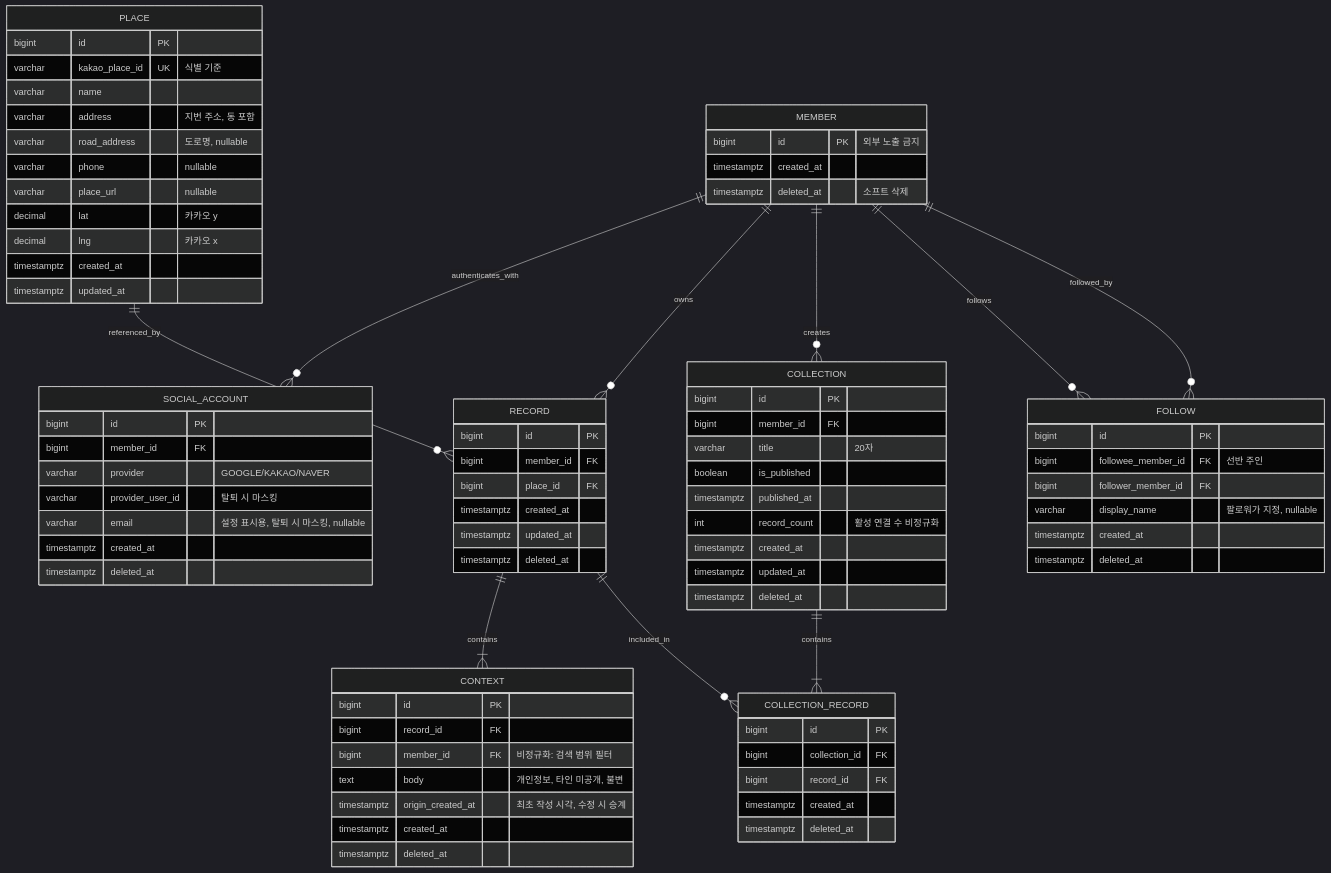
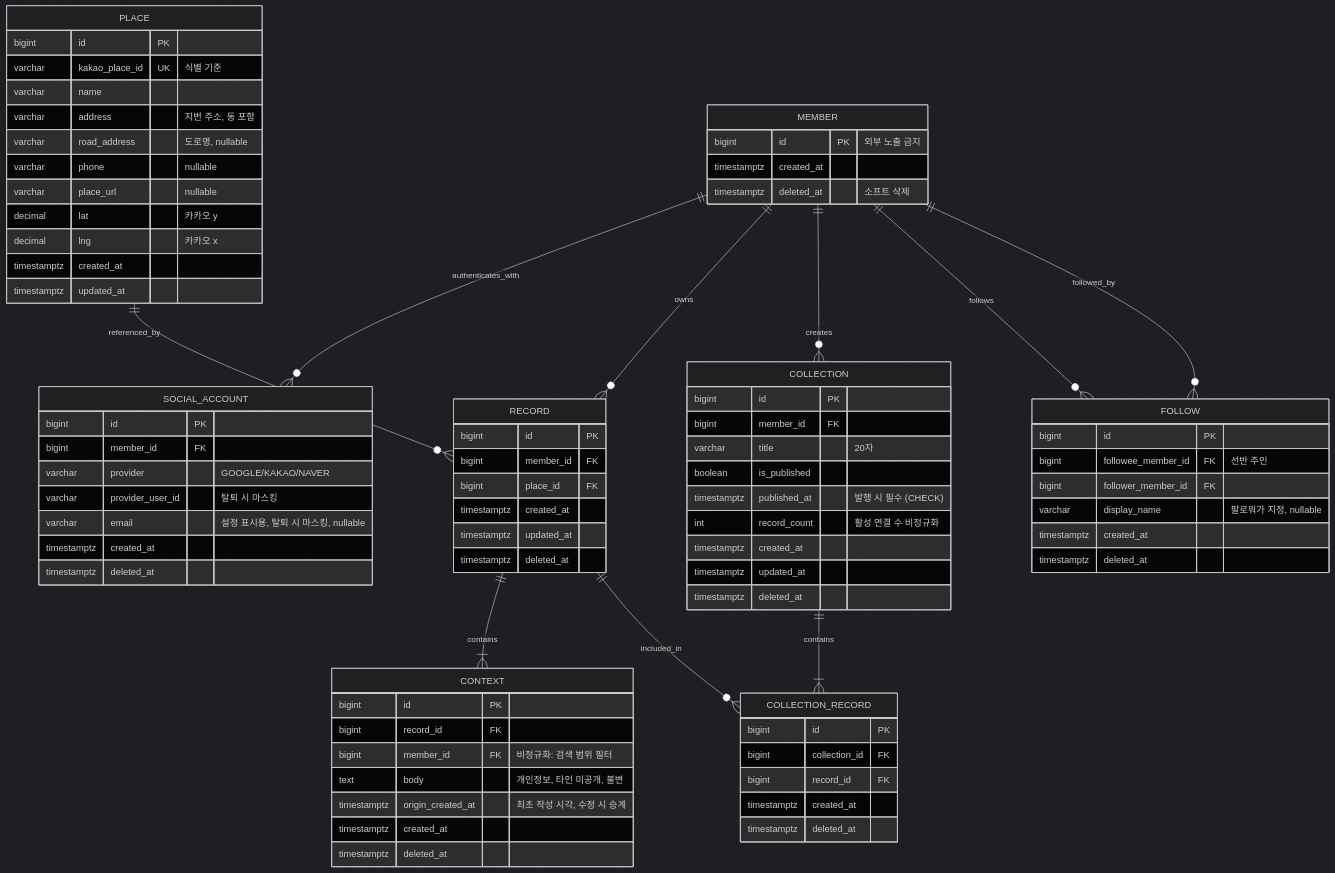
Before and after one commit to Team-PinLog/docs: the first of 2 diagrams in static/07_ERD.md, drawn with Mermaid (dark theme). The commit also changed 1 other file, not shown here.

Commit message:
docs(S15P11A705-125): Collection published_at NOT NULL 불변식을 정본에 반영 (#22)
* docs(S15P11A705-125): Collection published_at NOT NULL 불변식을 정본에 반영한다

back#75가 V4 마이그레이션으로 `collection.published_at`을 백필 후
`DEFAULT now()` · `NOT NULL`로 고정했다. 정본 문서는 여전히
`TIMESTAMPTZ NULL`이라 구현과 어긋난 상태였다.

- 06 §2.6 스키마 표: `published_at TIMESTAMPTZ NOT NULL DEFAULT now()`
- 06 §2.6 규칙: 생성 즉시 발행이므로 NULL 불허, 기존 NULL은 created_at 백필
- 06 §4.1 DB 보장 표: "Collection 발행 시각 누락 금지" 행 추가
- 07 ERD: COLLECTION.published_at 제약 표기

* docs(S15P11A705-125): published_at 불변식을 CHECK 함의형으로 정정한다

back#75 리뷰를 수용해 구현이 `NOT NULL DEFAULT now()`에서
`CHECK (NOT is_published OR published_at IS NOT NULL)`로 바뀌었습니다. 앞선 커밋이
정본에 반영한 NOT NULL 표기를 그에 맞게 정정합니다.

- 06 §2.6 스키마 표: `TIMESTAMPTZ NULL`로 되돌립니다. 컬럼 자체는 nullable입니다
- 06 §2.6 규칙: 발행된 행만 값을 반드시 갖는다는 것과, 컬럼을 NOT NULL로 만들지
  않는 이유(`is_published`가 false일 수 있다는 전제 위의 컬럼이라는 점)를 적습니다
- 06 §4.1 DB 보장 표: "Collection 발행 시각 누락 금지 / NOT NULL DEFAULT now()"를
  "발행된 Collection의 발행 시각 누락 금지 / CHECK"로 바꿉니다
- 07 ERD: COLLECTION.published_at 표기를 "발행 시 필수 (CHECK)"로 맞춥니다

08 API 명세의 `publishedAt` 응답 필드는 제약 형태와 무관해 손대지 않았습니다.

---------

```diff
--- a/static/07_ERD.md
+++ b/static/07_ERD.md
@@ -72,7 +72,7 @@
         bigint member_id FK
         varchar title "20자"
         boolean is_published
-        timestamptz published_at
+        timestamptz published_at "발행 시 필수 (CHECK)"
         int record_count "활성 연결 수 비정규화"
         timestamptz created_at
         timestamptz updated_at
```
